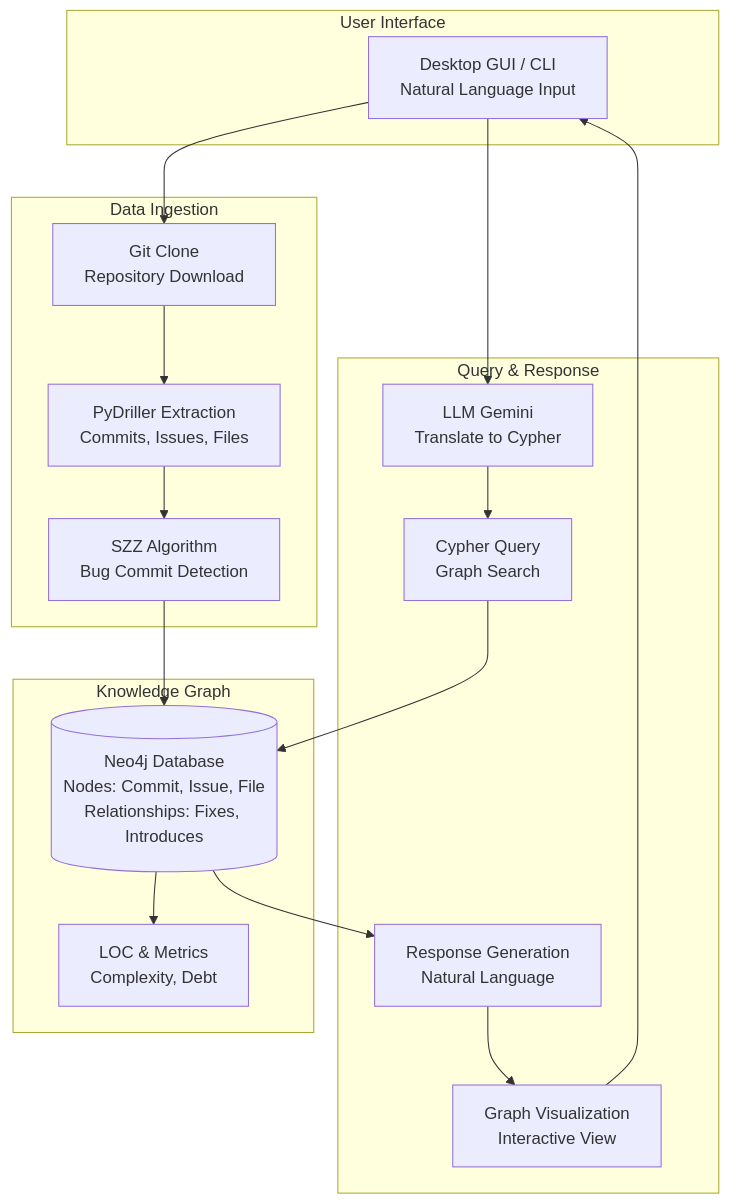
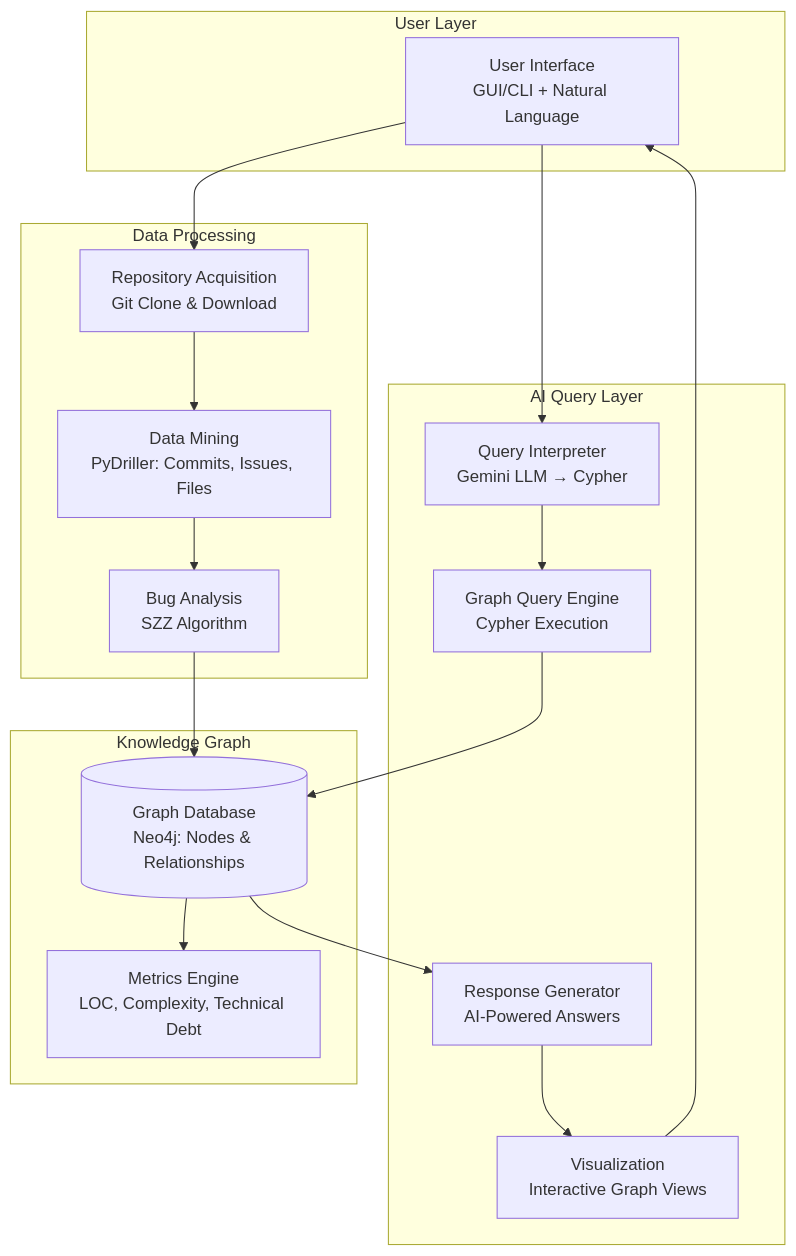
One commit to MdMostafizurRahaman/GitIntel changed the first of 11 diagrams in README.md. Above: the diagram before and after it, drawn with Mermaid. The commit also changed other lines of this file, not shown here.

Commit message:
Refactor architecture diagram in README.md for clarity and consistency; update terminology and improve data flow description.

````diff
--- a/README.md
+++ b/README.md
@@ -7,36 +7,36 @@
 ```mermaid
 graph TB
-    subgraph "User Interface"
-        UI[Desktop GUI / CLI<br/>Natural Language Input]
+    subgraph "User Layer"
+        UI[User Interface<br/>GUI/CLI + Natural Language]
     end
     
-    subgraph "Data Ingestion"
-        Clone[Git Clone<br/>Repository Download]
-        Extract[PyDriller Extraction<br/>Commits, Issues, Files]
-        SZZ[SZZ Algorithm<br/>Bug Commit Detection]
+    subgraph "Data Processing"
+        Clone[Repository Acquisition<br/>Git Clone & Download]
+        Extract[Data Mining<br/>PyDriller: Commits, Issues, Files]
+        SZZ[Bug Analysis<br/>SZZ Algorithm]
     end
     
     subgraph "Knowledge Graph"
-        Neo4j[(Neo4j Database<br/>Nodes: Commit, Issue, File<br/>Relationships: Fixes, Introduces)]
-        LOC[LOC & Metrics<br/>Complexity, Debt]
+        Neo4j[(Graph Database<br/>Neo4j: Nodes & Relationships)]
+        LOC[Metrics Engine<br/>LOC, Complexity, Technical Debt]
     end
     
-    subgraph "Query & Response"
-        LLM[LLM Gemini<br/>Translate to Cypher]
-        Cypher[Cypher Query<br/>Graph Search]
-        Response[Response Generation<br/>Natural Language]
-        Viz[Graph Visualization<br/>Interactive View]
+    subgraph "AI Query Layer"
+        LLM[Query Interpreter<br/>Gemini LLM → Cypher]
+        Cypher[Graph Query Engine<br/>Cypher Execution]
+        Response[Response Generator<br/>AI-Powered Answers]
+        Viz[Visualization<br/>Interactive Graph Views]
     end
     
     UI --> Clone
     Clone --> Extract
     Extract --> SZZ
     SZZ --> Neo4j
     Neo4j --> LOC
     UI --> LLM
     LLM --> Cypher
     Cypher --> Neo4j
     Neo4j --> Response
     Response --> Viz
     Viz --> UI
 ```
````
